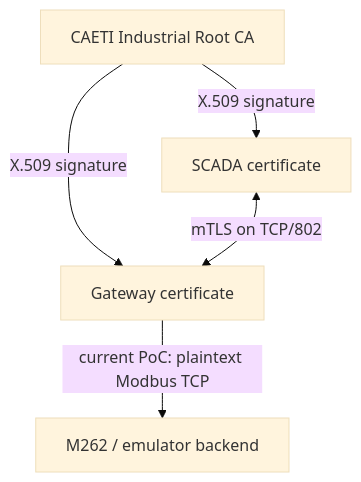
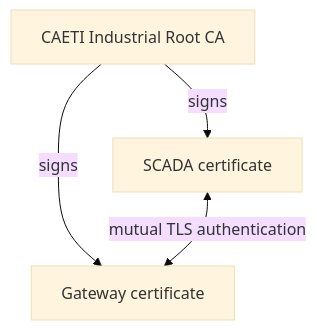
The second of 2 diagrams in docs/PKI_Modbus_TLS_M262.md (JFCrypT/industrialPKI), drawn with Mermaid (base theme) before and after one commit. The commit also changed other lines of this file and 21 other files, not shown here.

````diff
--- a/docs/PKI_Modbus_TLS_M262.md
+++ b/docs/PKI_Modbus_TLS_M262.md
@@ -74,7 +54,10 @@
 ```mermaid
-graph TD
-    CA[CAETI Industrial Root CA] -->|X.509 signature| GW[Gateway certificate]
-    CA -->|X.509 signature| SC[SCADA certificate]
-    SC <-->|mTLS on TCP/802| GW
-    GW -->|current PoC: plaintext Modbus TCP| PLC[M262 / emulator backend]
+flowchart TD
+    CA["CAETI Industrial Root CA"]
+    SC["SCADA certificate"]
+    GW["Gateway certificate"]
+
+    CA -->|"signs"| SC
+    CA -->|"signs"| GW
+    SC <-->|"mutual TLS authentication"| GW
 ```
````
